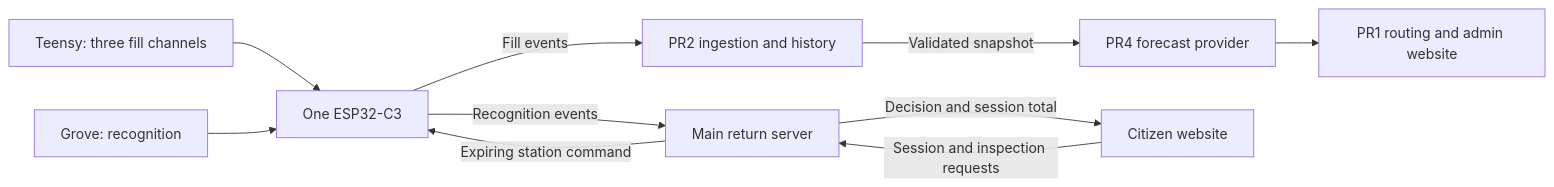
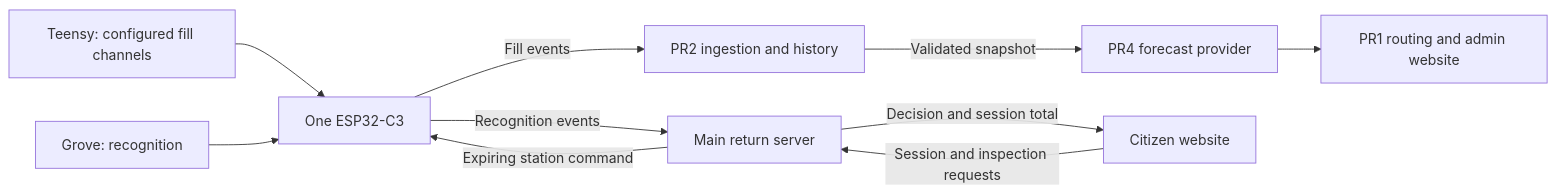
One commit to Rover-Panto/BinSight changed the diagram in docs/INTEGRATION_TEST_PLAN.md. Above: the diagram before and after it, drawn with Mermaid. The commit also changed other lines of this file and 15 other files, not shown here.

````diff
--- a/docs/INTEGRATION_TEST_PLAN.md
+++ b/docs/INTEGRATION_TEST_PLAN.md
@@ -45,14 +47,14 @@
 ```mermaid
 flowchart LR
     accTitle: BinSight integration boundaries
     accDescr: One ESP relays independent fill and vision streams. PR4 forecasts for PR1, while the return server owns citizen decisions and credit.
-    teensy[Teensy: three fill channels] --> esp[One ESP32-C3]
+    teensy[Teensy: configured fill channels] --> esp[One ESP32-C3]
     grove[Grove: recognition] --> esp
     esp -->|Fill events| ingest[PR2 ingestion and history]
     ingest -->|Validated snapshot| forecast[PR4 forecast provider]
     forecast --> routes[PR1 routing and admin website]
     esp -->|Recognition events| returns[Main return server]
     citizen[Citizen website] -->|Session and inspection requests| returns
     returns -->|Decision and session total| citizen
     returns -->|Expiring station command| esp
 ```
````
